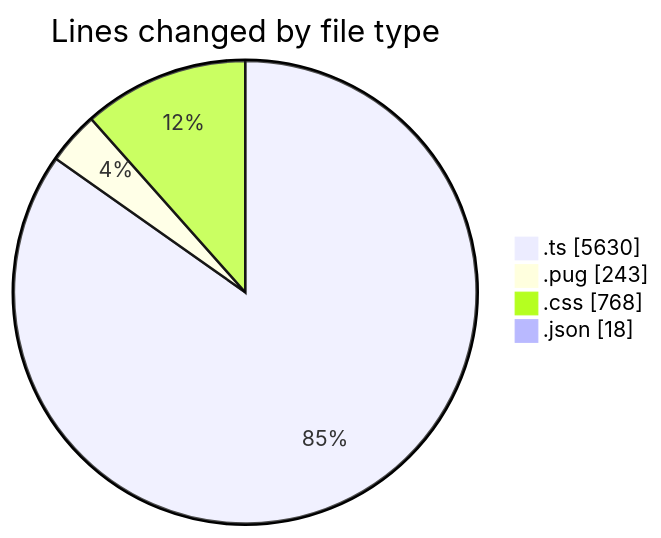
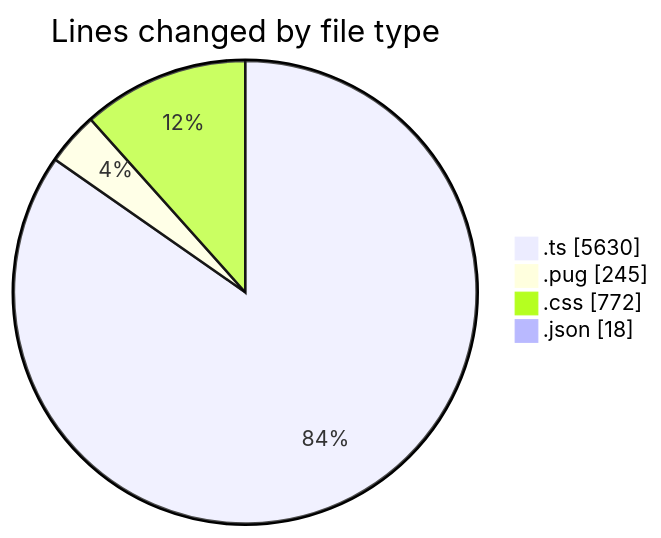
The first of 2 diagrams in 2025-10-31/cda/README.md (momahboobian/code-tracking), drawn with Mermaid before and after one commit. The commit also changed other lines of this file and 1 other file, not shown here.

````diff
--- a/2025-10-31/cda/README.md
+++ b/2025-10-31/cda/README.md
@@ -31,8 +31,8 @@
 ```mermaid
 pie showData
 title Lines changed by file type
 ".ts" : 5630
-".pug" : 243
-".css" : 768
+".pug" : 245
+".css" : 772
 ".json" : 18
 ```
````
